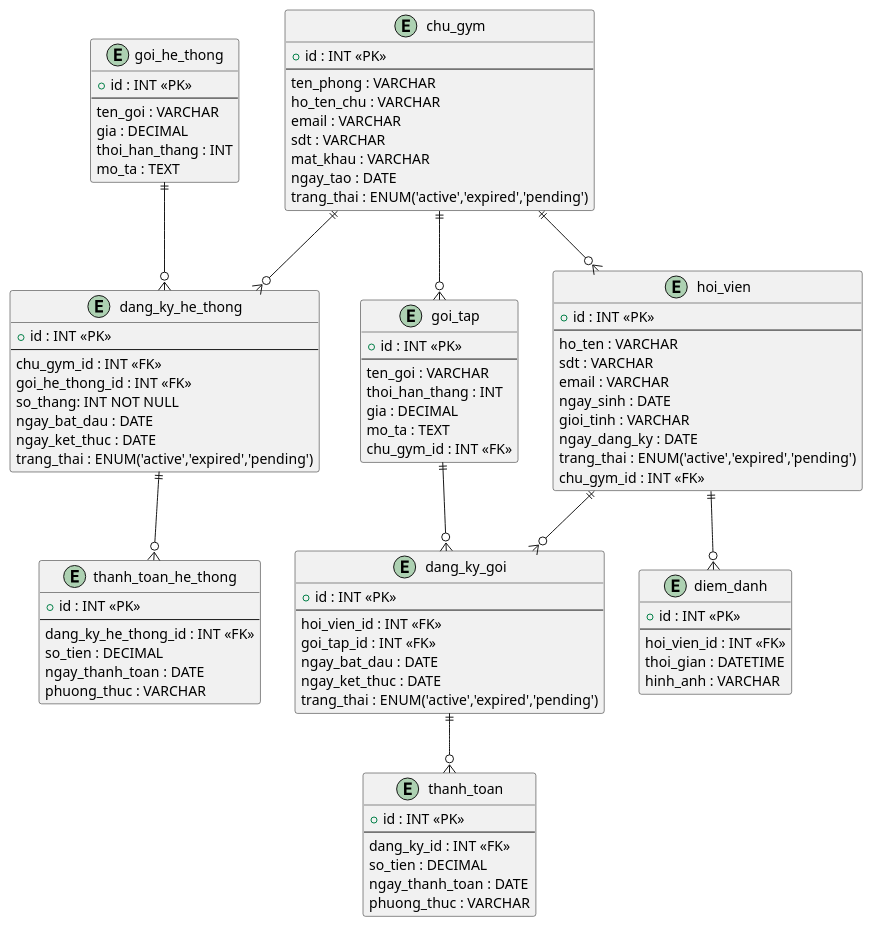
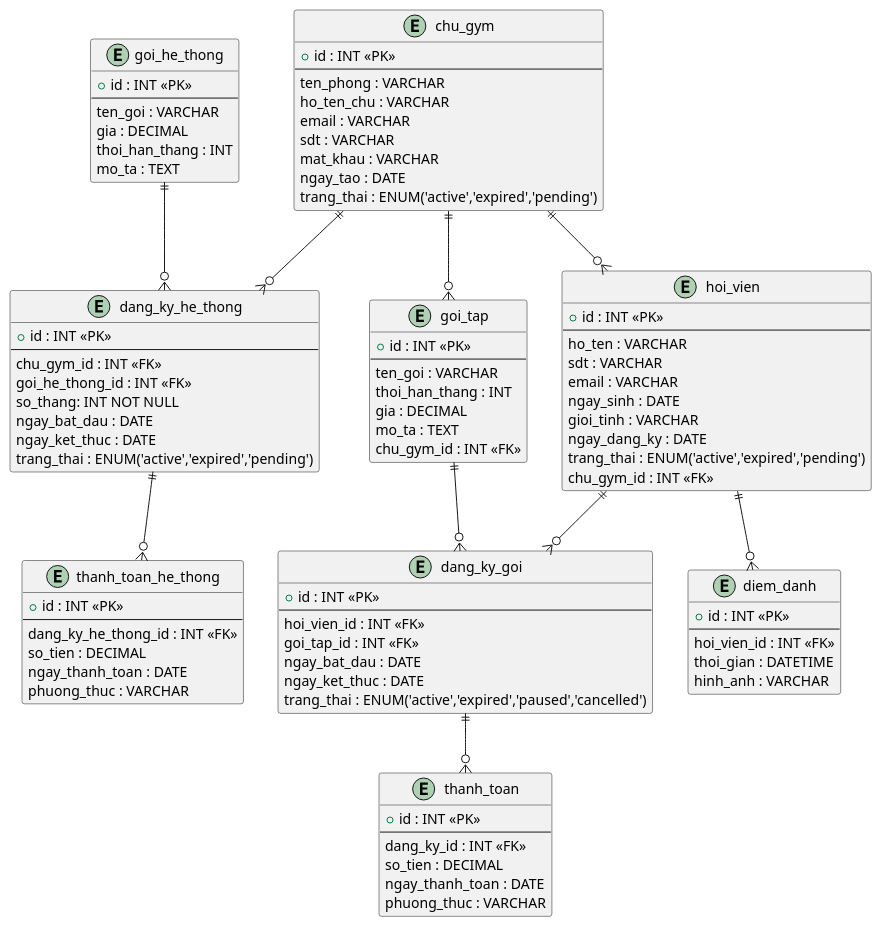
Before and after one commit to chivi0801/HeThong_GymPro: the diagram in diagrams/ERD.puml, drawn with PlantUML. The commit also changed 9 other files, not shown here.

```diff
--- a/diagrams/ERD.puml
+++ b/diagrams/ERD.puml
@@ -1,123 +1,123 @@
 @startuml
 ' ==========================================
 ' ERD - Hệ thống Gym SaaS (Multi-tenant)
 ' ==========================================
 
 ' ======================
 ' TẦNG 1 - HỆ THỐNG SAAS
 ' ======================
 
 entity chu_gym {
   +id : INT <<PK>>
   --
   ten_phong : VARCHAR
   ho_ten_chu : VARCHAR
   email : VARCHAR
   sdt : VARCHAR
   mat_khau : VARCHAR
   ngay_tao : DATE
   trang_thai : ENUM('active','expired','pending')
 }
 
 entity goi_he_thong {
   +id : INT <<PK>>
   --
   ten_goi : VARCHAR
   gia : DECIMAL
   thoi_han_thang : INT
   mo_ta : TEXT
 }
 
 entity dang_ky_he_thong {
   +id : INT <<PK>>
   --
   chu_gym_id : INT <<FK>>
   goi_he_thong_id : INT <<FK>>
   so_thang: INT NOT NULL
   ngay_bat_dau : DATE
   ngay_ket_thuc : DATE
   trang_thai : ENUM('active','expired','pending')
 }
 
 entity thanh_toan_he_thong {
   +id : INT <<PK>>
   --
   dang_ky_he_thong_id : INT <<FK>>
   so_tien : DECIMAL
   ngay_thanh_toan : DATE
   phuong_thuc : VARCHAR
 }
 
 ' =========================
 ' TẦNG 2 - QUẢN LÝ PHÒNG GYM
 ' =========================
 
 entity hoi_vien {
   +id : INT <<PK>>
   --
   ho_ten : VARCHAR
   sdt : VARCHAR
   email : VARCHAR
   ngay_sinh : DATE
   gioi_tinh : VARCHAR
   ngay_dang_ky : DATE
   trang_thai : ENUM('active','expired','pending')
   chu_gym_id : INT <<FK>>
 }
 
 entity goi_tap {
   +id : INT <<PK>>
   --
   ten_goi : VARCHAR
   thoi_han_thang : INT
   gia : DECIMAL
   mo_ta : TEXT
   chu_gym_id : INT <<FK>>
 }
 
 entity dang_ky_goi {
   +id : INT <<PK>>
   --
   hoi_vien_id : INT <<FK>>
   goi_tap_id : INT <<FK>>
   ngay_bat_dau : DATE
   ngay_ket_thuc : DATE
-  trang_thai : ENUM('active','expired','pending')
+  trang_thai : ENUM('active','expired','paused','cancelled')
 }
 
 entity thanh_toan {
   +id : INT <<PK>>
   --
   dang_ky_id : INT <<FK>>
   so_tien : DECIMAL
   ngay_thanh_toan : DATE
   phuong_thuc : VARCHAR
 }
 
 entity diem_danh {
   +id : INT <<PK>>
   --
   hoi_vien_id : INT <<FK>>
   thoi_gian : DATETIME
   hinh_anh : VARCHAR
 }
 
 ' ======================
 ' RELATIONSHIPS
 ' ======================
 
 chu_gym ||--o{ dang_ky_he_thong
 goi_he_thong ||--o{ dang_ky_he_thong
 dang_ky_he_thong ||--o{ thanh_toan_he_thong
 
 chu_gym ||--o{ hoi_vien
 chu_gym ||--o{ goi_tap
 
 hoi_vien ||--o{ dang_ky_goi
 goi_tap  ||--o{ dang_ky_goi
 
 dang_ky_goi ||--o{ thanh_toan
 
 hoi_vien ||--o{ diem_danh
 
 @enduml
```
